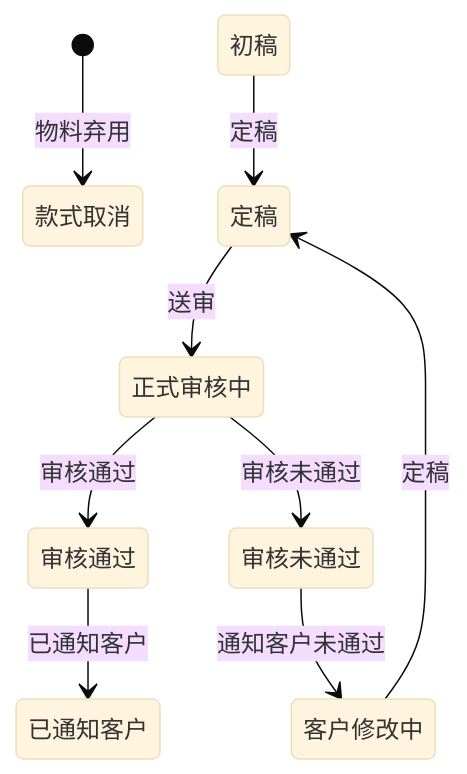
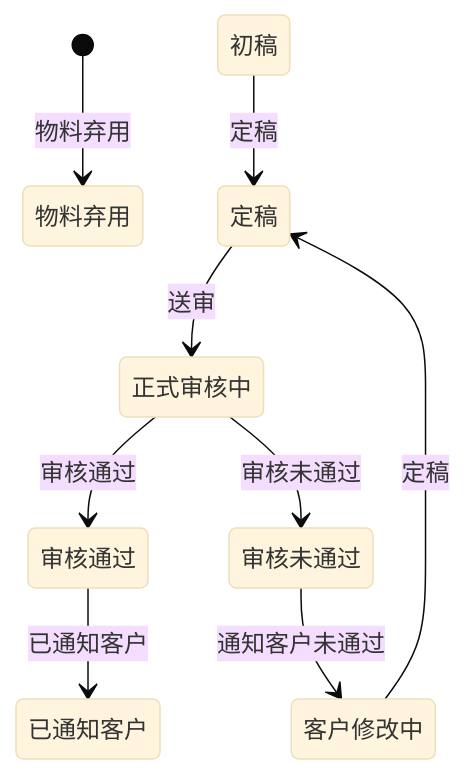
One commit to FIPOCHINA/fipo-fsm changed the diagram in docs/MarketingMaterial_display.mermaid. Above: the diagram before and after it, drawn with Mermaid (base theme). The commit also changed 2 other files, not shown here.

```diff
--- a/docs/MarketingMaterial_display.mermaid
+++ b/docs/MarketingMaterial_display.mermaid
@@ -1,9 +1,9 @@
 stateDiagram-v2
-[*] --> 款式取消 : 物料弃用
+[*] --> 物料弃用 : 物料弃用
 初稿 --> 定稿 : 定稿
 定稿 --> 正式审核中 : 送审
 正式审核中 --> 审核通过 : 审核通过
 正式审核中 --> 审核未通过 : 审核未通过
 审核通过 --> 已通知客户 : 已通知客户
 审核未通过 --> 客户修改中 : 通知客户未通过
 客户修改中 --> 定稿 : 定稿
```
